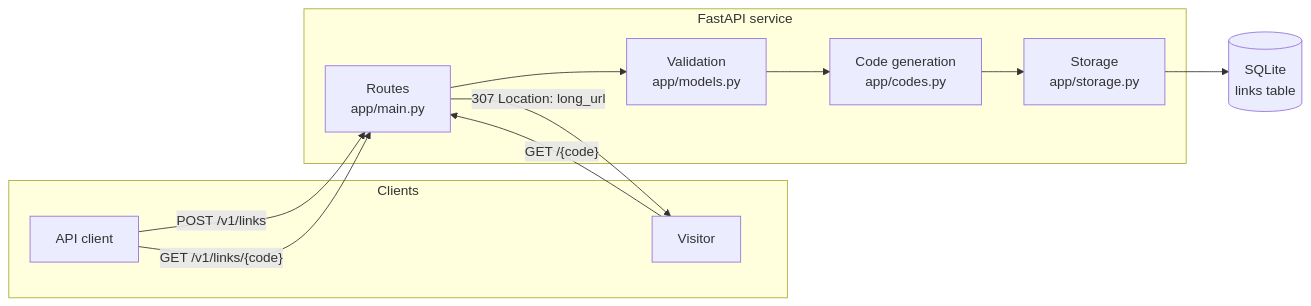
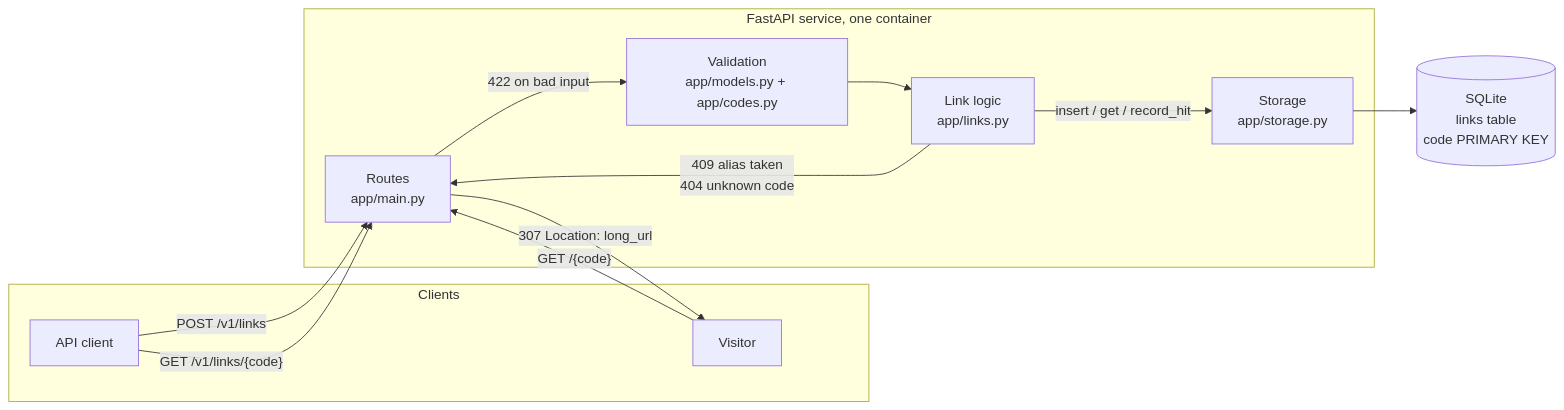
One commit to JulianMcOmie/url-shortener changed the first of 2 diagrams in README.md. Above: the diagram before and after it, drawn with Mermaid. The commit also changed other lines of this file, not shown here.

Commit message:
README: API reference, final architecture diagrams, design decisions

````diff
--- a/README.md
+++ b/README.md
@@ -10,22 +71,26 @@
 ```mermaid
 flowchart LR
     subgraph clients [Clients]
         C[API client]
         V[Visitor]
     end
 
-    subgraph service [FastAPI service]
-        R[Routes<br/>app/main.py]
-        M[Validation<br/>app/models.py]
-        G[Code generation<br/>app/codes.py]
-        S[Storage<br/>app/storage.py]
+    subgraph service [FastAPI service, one container]
+        R["Routes<br/>app/main.py"]
+        M["Validation<br/>app/models.py + app/codes.py"]
+        L["Link logic<br/>app/links.py"]
+        S["Storage<br/>app/storage.py"]
     end
 
-    DB[(SQLite<br/>links table)]
+    DB[("SQLite<br/>links table<br/>code PRIMARY KEY")]
 
     C -- "POST /v1/links" --> R
     C -- "GET /v1/links/{code}" --> R
     V -- "GET /{code}" --> R
-    R --> M --> G --> S --> DB
+    R -- "422 on bad input" --> M
+    M --> L
+    L -- "insert / get / record_hit" --> S
+    S --> DB
+    L -- "409 alias taken<br/>404 unknown code" --> R
     R -- "307 Location: long_url" --> V
 ```
````
